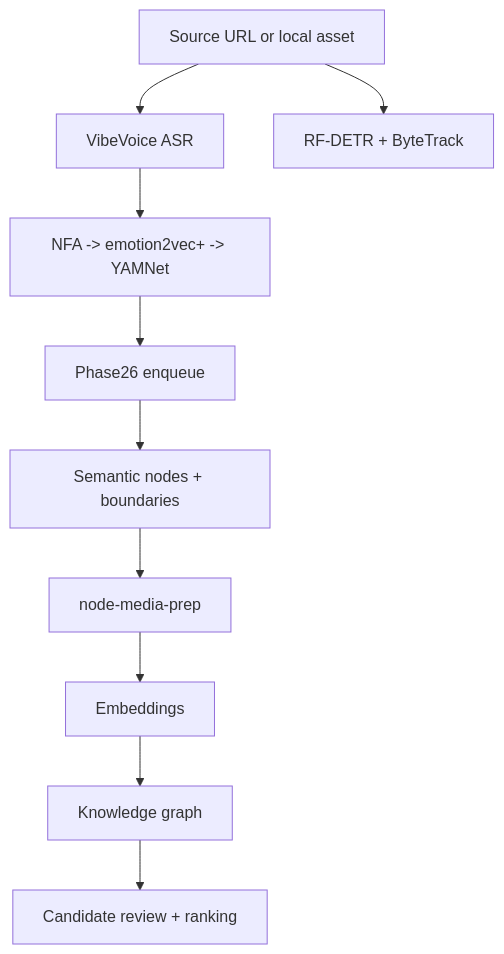
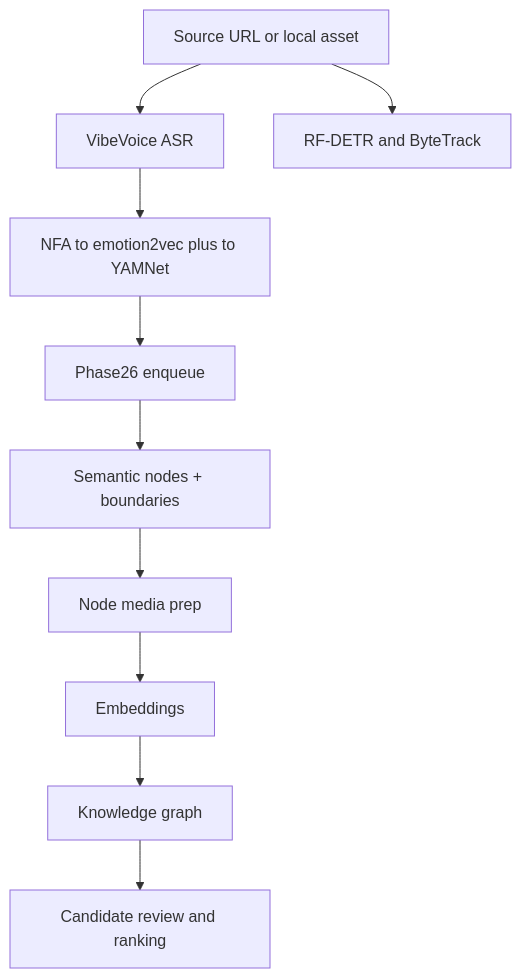
The second of 2 diagrams in README.md (ClyptAI/Clypt-Backend), drawn with Mermaid before and after one commit. The commit also changed other lines of this file and 2 other files, not shown here.

Commit message:
Simplify Mermaid diagrams for GitHub rendering

````diff
--- a/README.md
+++ b/README.md
@@ -87,19 +87,19 @@
 ```mermaid
 flowchart TD
   source["Source URL or local asset"]
   asr["VibeVoice ASR"]
-  audio["NFA -> emotion2vec+ -> YAMNet"]
-  visual["RF-DETR + ByteTrack"]
+  audio["NFA to emotion2vec plus to YAMNet"]
+  visual["RF-DETR and ByteTrack"]
   dispatch["Phase26 enqueue"]
   nodes["Semantic nodes + boundaries"]
-  prep["node-media-prep"]
+  prep["Node media prep"]
   embed["Embeddings"]
   knowledgeGraph["Knowledge graph"]
-  rank["Candidate review + ranking"]
+  rank["Candidate review and ranking"]
 
   source --> asr
   source --> visual
   asr --> audio
   audio --> dispatch
   dispatch --> nodes --> prep --> embed --> knowledgeGraph --> rank
 ```
````
